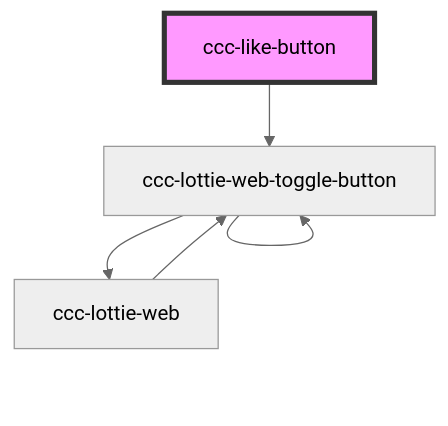
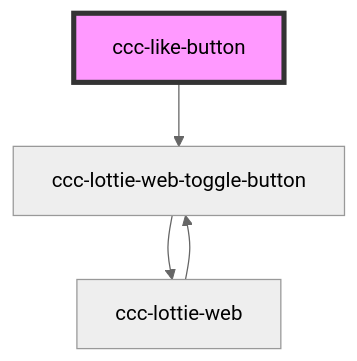
One commit to BioforestChain/web-components changed the diagram in src/components/button/readme.md. Above: the diagram before and after it, drawn with Mermaid (neutral theme). The commit also changed 5 other files, not shown here.

````diff
--- a/src/components/button/readme.md
+++ b/src/components/button/readme.md
@@ -26,8 +26,7 @@
 ```mermaid
 graph TD;
   ccc-like-button --> ccc-lottie-web-toggle-button
   ccc-lottie-web-toggle-button --> ccc-lottie-web
-  ccc-lottie-web-toggle-button --> ccc-lottie-web-toggle-button
   ccc-lottie-web --> ccc-lottie-web-toggle-button
   style ccc-like-button fill:#f9f,stroke:#333,stroke-width:4px
 ```
````
